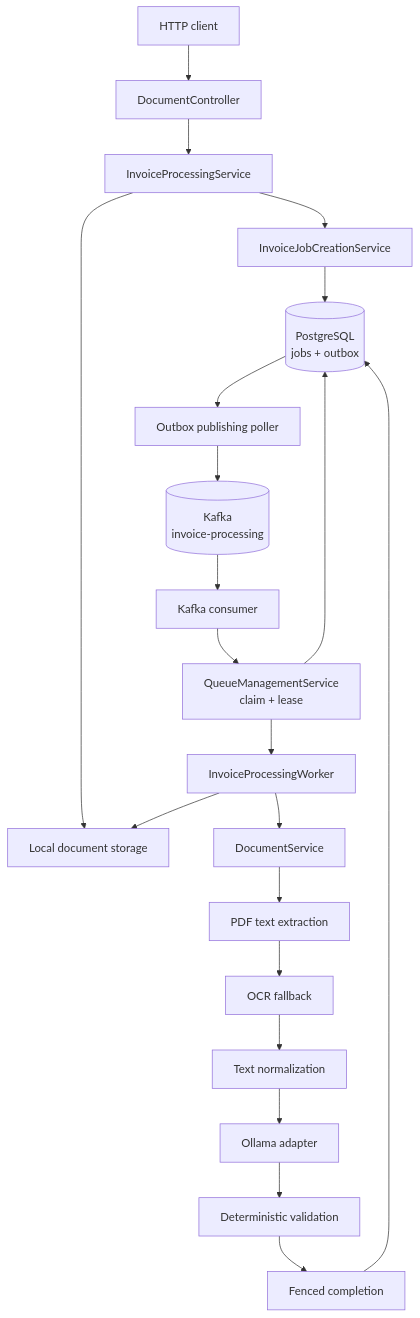
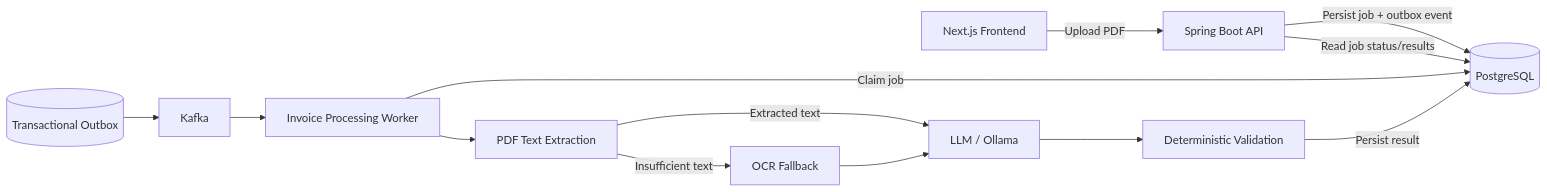
One commit to jaspi-lalbuat/invoice-intelligence changed the first of 2 diagrams in README.md. Above: the diagram before and after it, drawn with Mermaid. The commit also changed other lines of this file and 1 other file, not shown here.

````diff
--- a/README.md
+++ b/README.md
@@ -26,25 +27,28 @@
 ```mermaid
-flowchart TB
-    Client[HTTP client] --> API[DocumentController]
-    API --> Submit[InvoiceProcessingService]
-    Submit --> Storage[Local document storage]
-    Submit --> Create[InvoiceJobCreationService]
-    Create --> DB[(PostgreSQL<br/>jobs + outbox)]
+flowchart LR
+    UI[Next.js Frontend]
+    API[Spring Boot API]
+    DB[(PostgreSQL)]
+    OUTBOX[(Transactional Outbox)]
+    KAFKA[Kafka]
+    WORKER[Invoice Processing Worker]
+    PDF[PDF Text Extraction]
+    OCR[OCR Fallback]
+    LLM[LLM / Ollama]
+    VALIDATE[Deterministic Validation]
 
-    DB --> Outbox[Outbox publishing poller]
-    Outbox --> Kafka[(Kafka<br/>invoice-processing)]
-    Kafka --> Consumer[Kafka consumer]
-    Consumer --> Claim[QueueManagementService<br/>claim + lease]
-    Claim --> DB
-    Claim --> Worker[InvoiceProcessingWorker]
+    UI -->|Upload PDF| API
+    API -->|Persist job + outbox event| DB
+    API -->|Read job status/results| DB
 
-    Worker --> Storage
-    Worker --> Docs[DocumentService]
-    Docs --> PDF[PDF text extraction]
-    PDF --> OCR[OCR fallback]
-    OCR --> Normalize[Text normalization]
-    Normalize --> LLM[Ollama adapter]
-    LLM --> Validate[Deterministic validation]
-    Validate --> Fence[Fenced completion]
-    Fence --> DB
+    OUTBOX --> KAFKA
+    KAFKA --> WORKER
+
+    WORKER -->|Claim job| DB
+    WORKER --> PDF
+    PDF -->|Insufficient text| OCR
+    PDF -->|Extracted text| LLM
+    OCR --> LLM
+    LLM --> VALIDATE
+    VALIDATE -->|Persist result| DB
 ```
````
